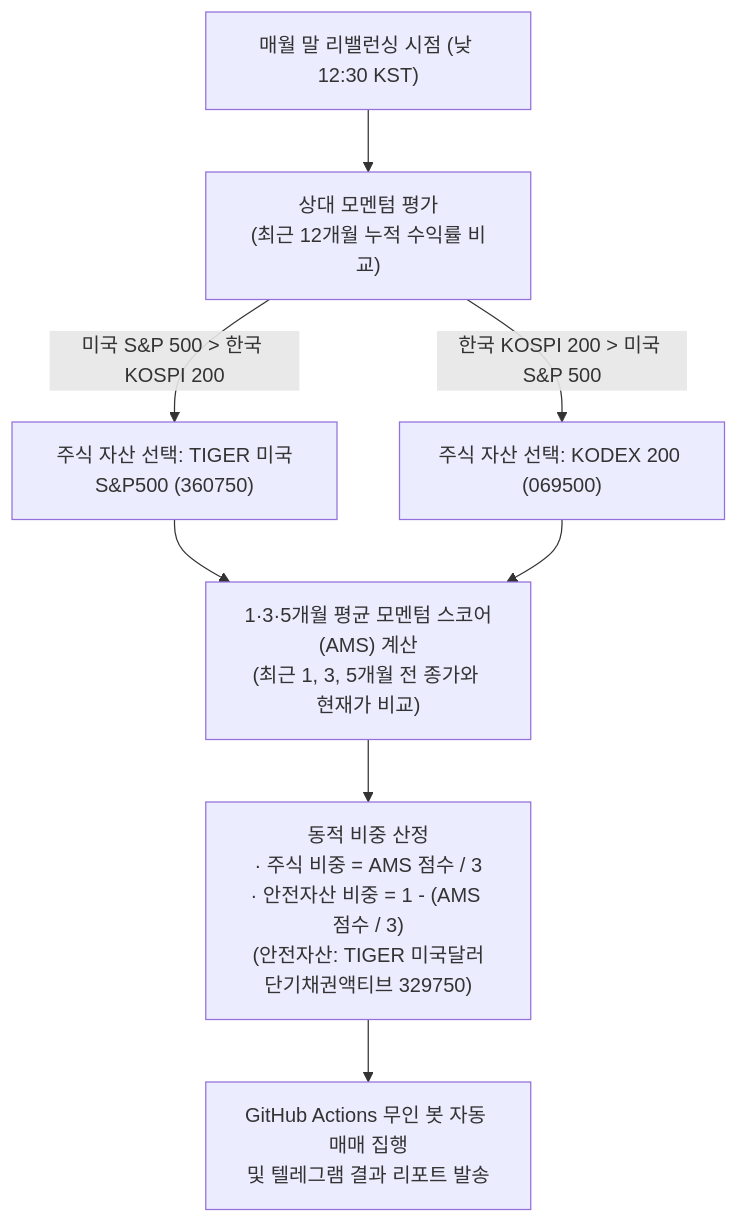
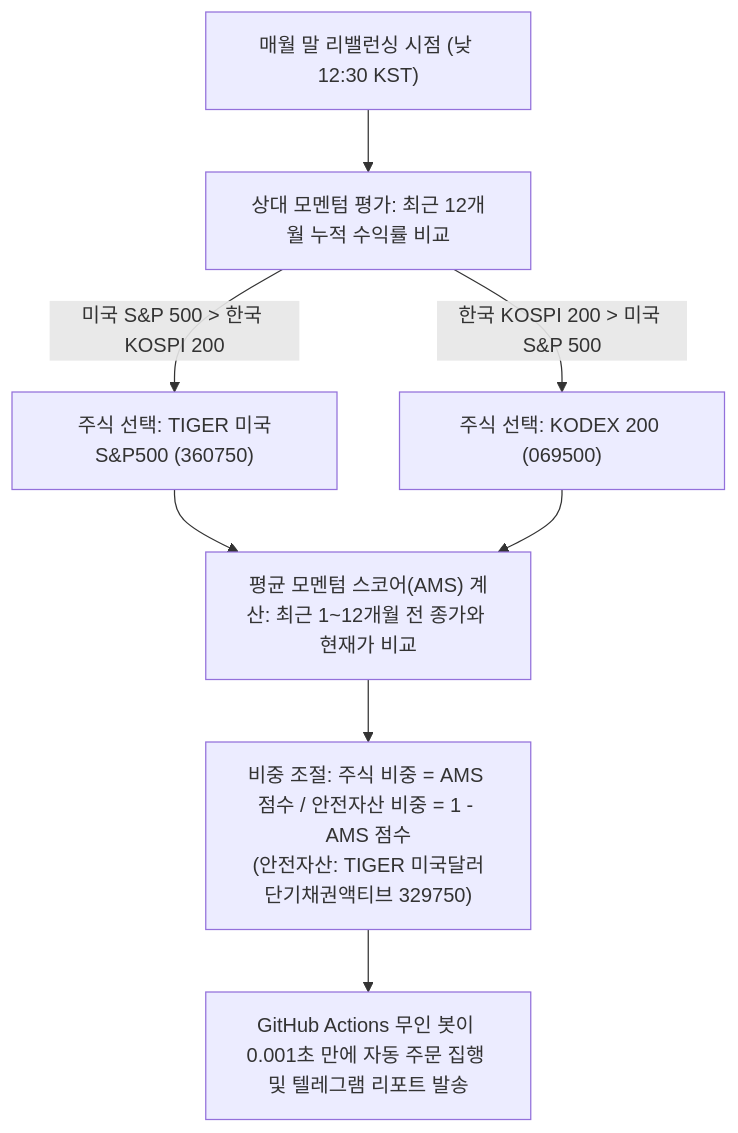
One commit to hyh54311-dev/jinhae-admission-system changed the diagram in retirement_savings_dual_momentum_guide.md. Above: the diagram before and after it, drawn with Mermaid. The commit also changed other lines of this file, not shown here.

````diff
--- a/retirement_savings_dual_momentum_guide.md
+++ b/retirement_savings_dual_momentum_guide.md
@@ -631,10 +662,10 @@
 ```mermaid
 graph TD
-    A["매월 말 리밸런싱 시점 (낮 12:30 KST)"] --> B["상대 모멘텀 평가<br>(최근 12개월 누적 수익률 비교)"]
-    B -- "미국 S&P 500 > 한국 KOSPI 200" --> C["주식 자산 선택: TIGER 미국S&P500 (360750)"]
-    B -- "한국 KOSPI 200 > 미국 S&P 500" --> D["주식 자산 선택: KODEX 200 (069500)"]
-    C --> E["1·3·5개월 평균 모멘텀 스코어(AMS) 계산<br>(최근 1, 3, 5개월 전 종가와 현재가 비교)"]
+    A["매월 말 리밸런싱 시점 (낮 12:30 KST)"] --> B["상대 모멘텀 평가: 최근 12개월 누적 수익률 비교"]
+    B -- "미국 S&P 500 > 한국 KOSPI 200" --> C["주식 선택: TIGER 미국S&P500 (360750)"]
+    B -- "한국 KOSPI 200 > 미국 S&P 500" --> D["주식 선택: KODEX 200 (069500)"]
+    C --> E["평균 모멘텀 스코어(AMS) 계산: 최근 1~12개월 전 종가와 현재가 비교"]
     D --> E
-    E --> F["동적 비중 산정<br>· 주식 비중 = AMS 점수 / 3<br>· 안전자산 비중 = 1 - (AMS 점수 / 3)<br>(안전자산: TIGER 미국달러단기채권액티브 329750)"]
-    F --> G["GitHub Actions 무인 봇 자동 매매 집행<br>및 텔레그램 결과 리포트 발송"]
+    E --> F["비중 조절: 주식 비중 = AMS 점수 / 안전자산 비중 = 1 - AMS 점수<br>(안전자산: TIGER 미국달러단기채권액티브 329750)"]
+    F --> G["GitHub Actions 무인 봇이 0.001초 만에 자동 주문 집행 및 텔레그램 리포트 발송"]
 ```
````
